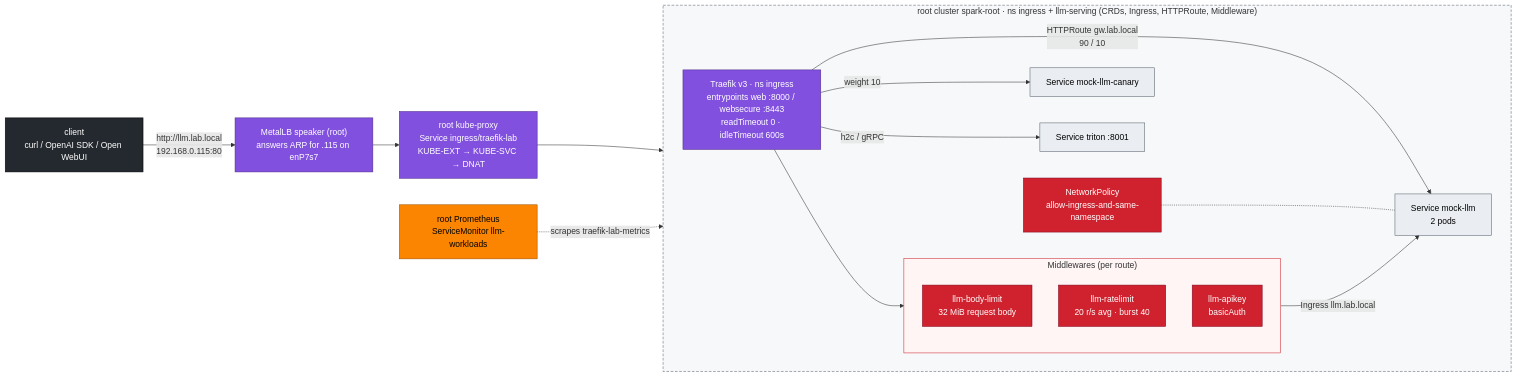
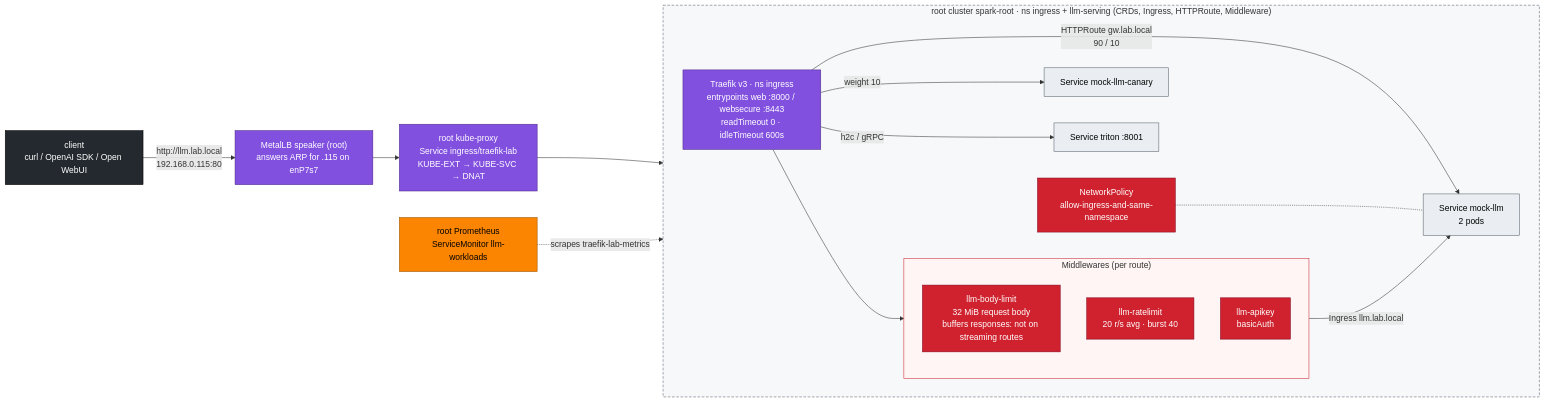
The first of 2 diagrams in 02-Kubernetes/11-ingress-controllers-and-gateway-api.md (cloudone365/technical-depth), drawn with Mermaid before and after one commit. The commit also changed other lines of this file and 5 other files, not shown here.

First line of the commit message:
Traefik buffering middleware off streaming routes

````diff
--- a/02-Kubernetes/11-ingress-controllers-and-gateway-api.md
+++ b/02-Kubernetes/11-ingress-controllers-and-gateway-api.md
@@ -33,39 +33,39 @@
 ```mermaid
 flowchart LR
   CL["client<br/>curl / OpenAI SDK / Open WebUI"] -->|"http://llm.lab.local<br/>192.168.0.115:80"| ARP["MetalLB speaker (root)<br/>answers ARP for .115 on enP7s7"]
   ARP --> KP["root kube-proxy<br/>Service ingress/traefik-lab<br/>KUBE-EXT → KUBE-SVC → DNAT"]
   subgraph LLMS["root cluster spark-root · ns ingress + llm-serving (CRDs, Ingress, HTTPRoute, Middleware)"]
     direction LR
     TR["Traefik v3 · ns ingress<br/>entrypoints web :8000 / websecure :8443<br/>readTimeout 0 · idleTimeout 600s"]
     subgraph MW["Middlewares (per route)"]
       direction TB
-      M1["llm-body-limit<br/>32 MiB request body"]
+      M1["llm-body-limit<br/>32 MiB request body<br/>buffers responses: not on streaming routes"]
       M2["llm-ratelimit<br/>20 r/s avg · burst 40"]
       M3["llm-apikey<br/>basicAuth"]
     end
     S1["Service mock-llm<br/>2 pods"]
     S2["Service mock-llm-canary"]
     S3["Service triton :8001"]
     NP["NetworkPolicy<br/>allow-ingress-and-same-namespace"]
   end
   KP --> TR
   TR --> MW
   MW -->|"Ingress llm.lab.local"| S1
   TR -->|"HTTPRoute gw.lab.local<br/>90 / 10"| S1
   TR -->|"weight 10"| S2
   TR -->|"h2c / gRPC"| S3
   NP -.- S1
   PROM["root Prometheus<br/>ServiceMonitor llm-workloads"] -. "scrapes traefik-lab-metrics" .-> TR
   classDef net fill:#8250df,stroke:#4c2889,color:#fff
   classDef sec fill:#cf222e,stroke:#82071e,color:#fff
   classDef ext fill:#24292f,stroke:#000,color:#fff
   classDef obs fill:#fb8500,stroke:#9a5200,color:#000
   classDef tenant fill:#eaeef2,stroke:#57606a,color:#000
   class ARP,KP,TR net
   class M1,M2,M3,NP sec
   class CL ext
   class PROM obs
   class S1,S2,S3 tenant
   style MW fill:#fff5f5,stroke:#cf222e
   style LLMS fill:#f6f8fa,stroke:#57606a,stroke-dasharray:5 3
 ```
````
